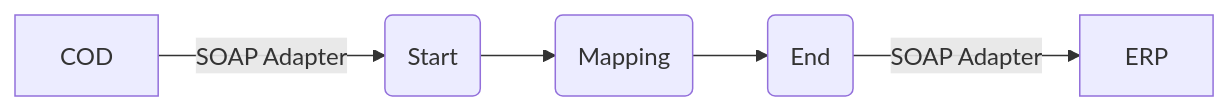
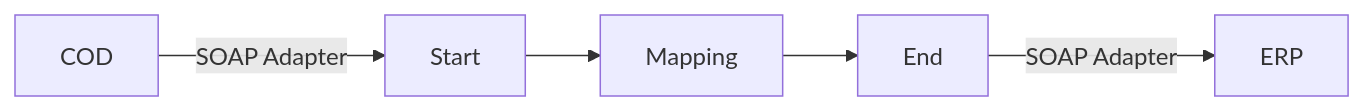
The diagram in REPSOL - Demo IA Docs/Check_Connectivity_to_SAP_Business_Suite_-_REPSOL/1.0.4/readme.md (Avvale-IA-CICD/AvvaleCPI), drawn with Mermaid before and after one commit. The commit also changed other lines of this file, not shown here.

````diff
--- a/REPSOL - Demo IA Docs/Check_Connectivity_to_SAP_Business_Suite_-_REPSOL/1.0.4/readme.md
+++ b/REPSOL - Demo IA Docs/Check_Connectivity_to_SAP_Business_Suite_-_REPSOL/1.0.4/readme.md
@@ -4,13 +4,13 @@
 ```mermaid
 graph LR
     COD[COD]
     ERP[ERP]
-    Start(Start)
-    Mapping(Mapping)
-    End(End)
+    StartEvent[Start]
+    Mapping[Mapping]
+    EndEvent[End]
 
-    COD -- SOAP Adapter --> Start
-    Start --> Mapping
-    Mapping --> End
-    End -- SOAP Adapter --> ERP
+    COD -- SOAP Adapter --> StartEvent
+    StartEvent --> Mapping
+    Mapping --> EndEvent
+    EndEvent -- SOAP Adapter --> ERP
 ```
````
